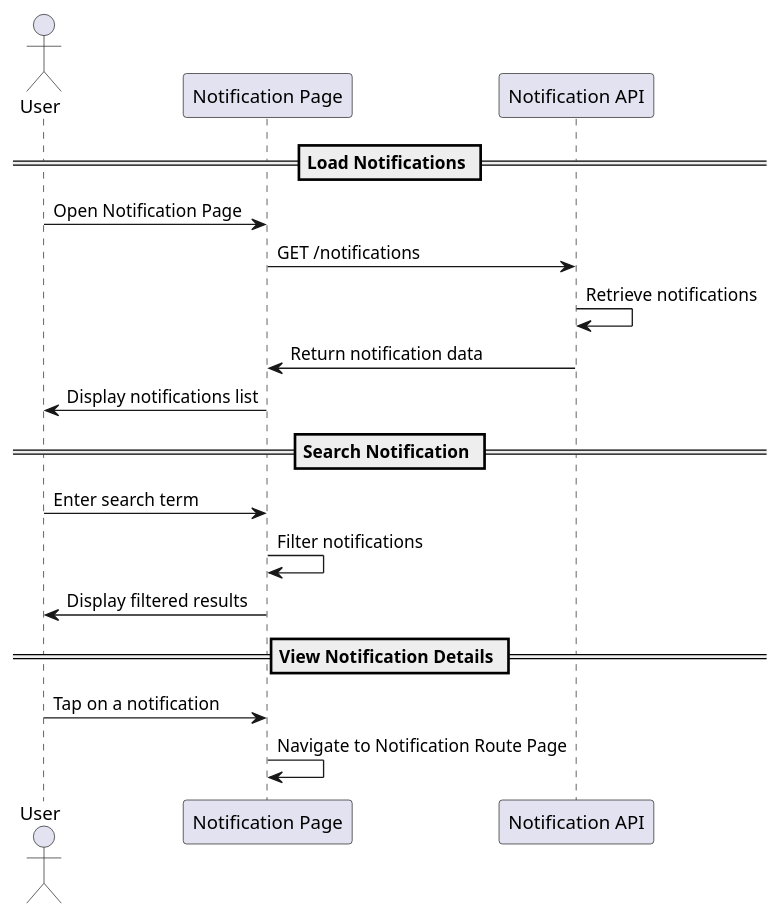
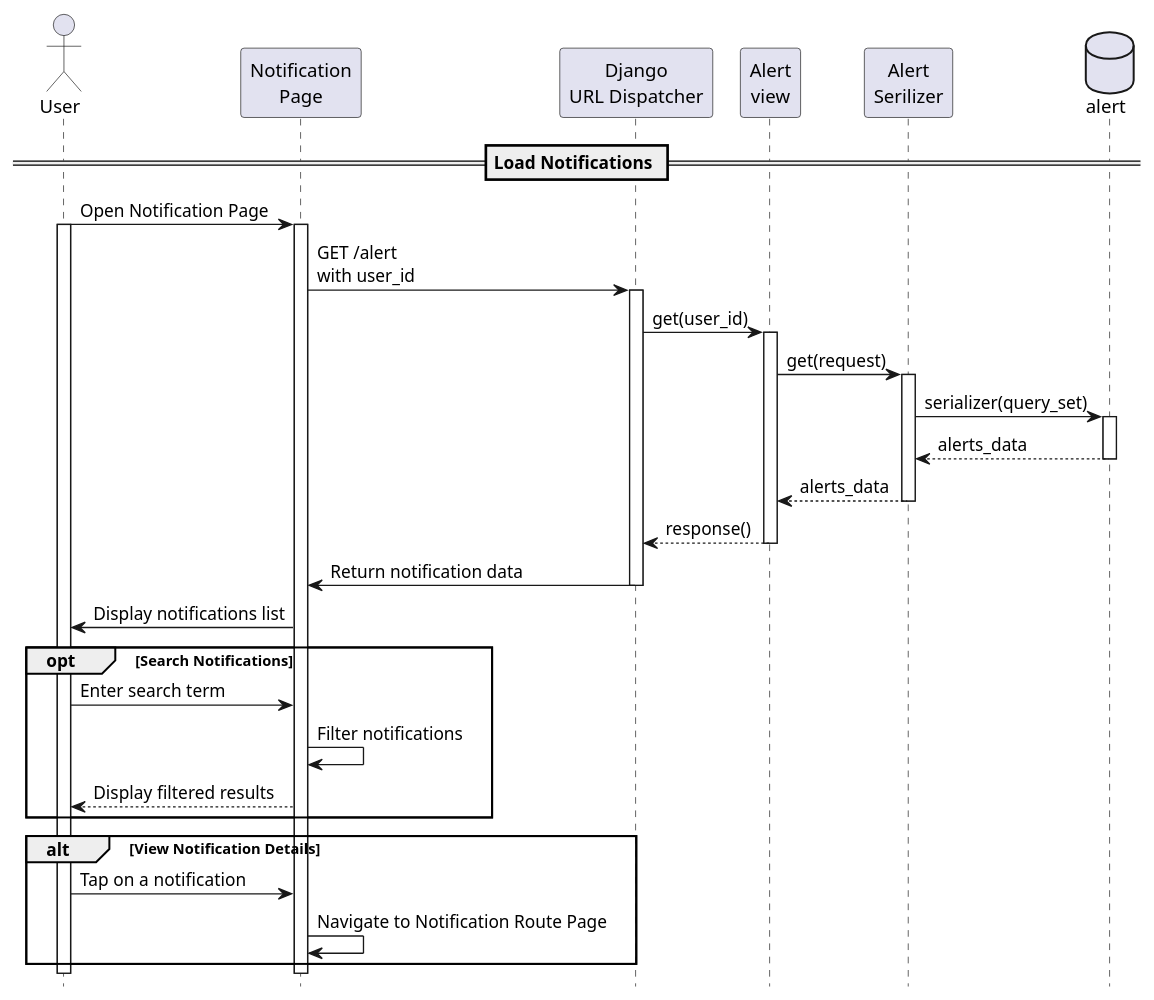
Before and after one commit to KMITL-BusBuddy/diagram: the diagram in notification/notification_screen.puml, drawn with PlantUML. The commit also changed 1 other file, not shown here.

Commit message:
notifications

```diff
--- a/notification/notification_screen.puml
+++ b/notification/notification_screen.puml
@@ -1,23 +1,54 @@
-@startuml
+@startuml notification_screen
+
+hide footbox
 
 actor User
-participant "Notification Page" as UI
-participant "Notification API" as API
+participant "Notification\nPage" as UI
+participant "Django\nURL Dispatcher" as API
+participant "Alert\nview" as view
+' participant "Alert\nService" as service
+participant "Alert\nSerilizer" as serializer
+database "alert" as table
+
 
 == Load Notifications ==
 User -> UI: Open Notification Page
-UI -> API: GET /notifications
-API -> API: Retrieve notifications
+activate User
+activate UI
+UI -> API: GET /alert \nwith user_id
+activate API
+
+' API Call
+API -> view: get(user_id)
+activate view
+view -> serializer: get(request)
+activate serializer
+serializer -> table: serializer(query_set)
+activate table
+table --> serializer: alerts_data
+deactivate table
+serializer --> view: alerts_data
+deactivate serializer
+view --> API: response()
+deactivate view
+
+' Display Notifications
 API -> UI: Return notification data
+deactivate API
 UI -> User: Display notifications list
 
-== Search Notification ==
-User -> UI: Enter search term
-UI -> UI: Filter notifications
-UI -> User: Display filtered results
+opt Search Notifications
+    User -> UI: Enter search term
+    UI -> UI: Filter notifications
+    UI --> User: Display filtered results
+end
 
-== View Notification Details ==
-User -> UI: Tap on a notification
-UI -> UI: Navigate to Notification Route Page
+alt View Notification Details
+    User -> UI: Tap on a notification
+    UI -> UI: Navigate to Notification Route Page
+end
+
+deactivate UI
+deactivate User
 
 @enduml
```
